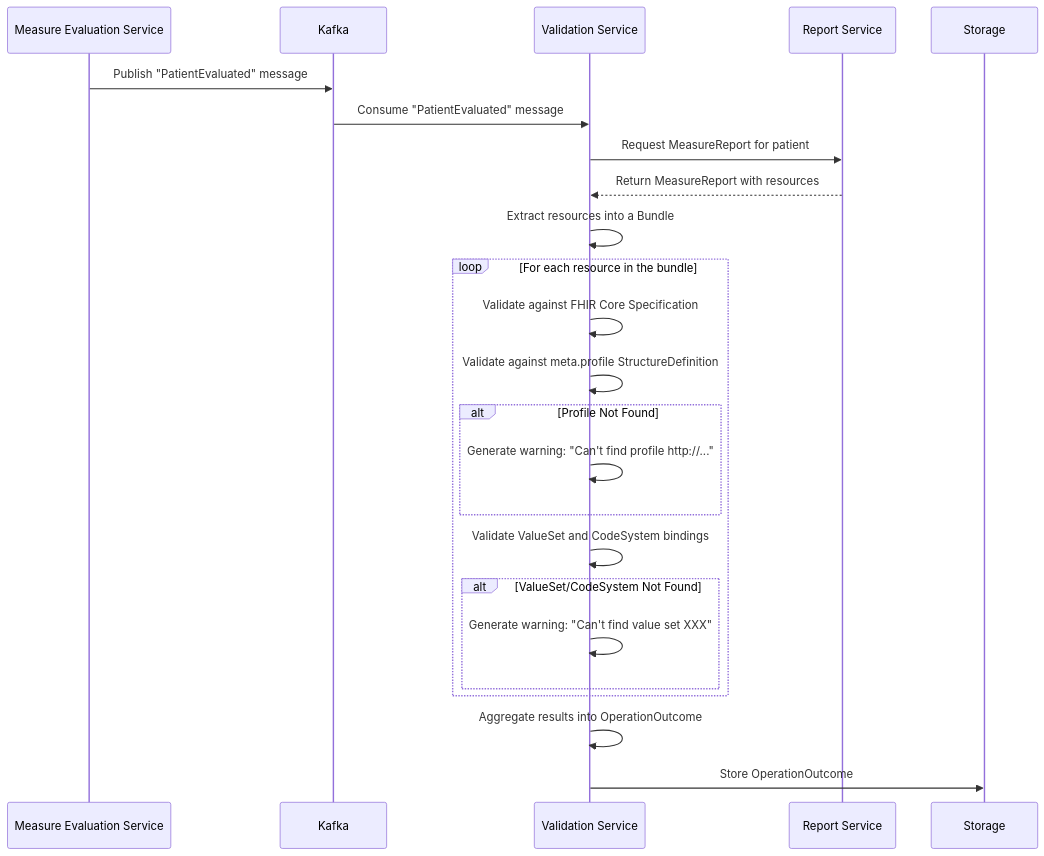
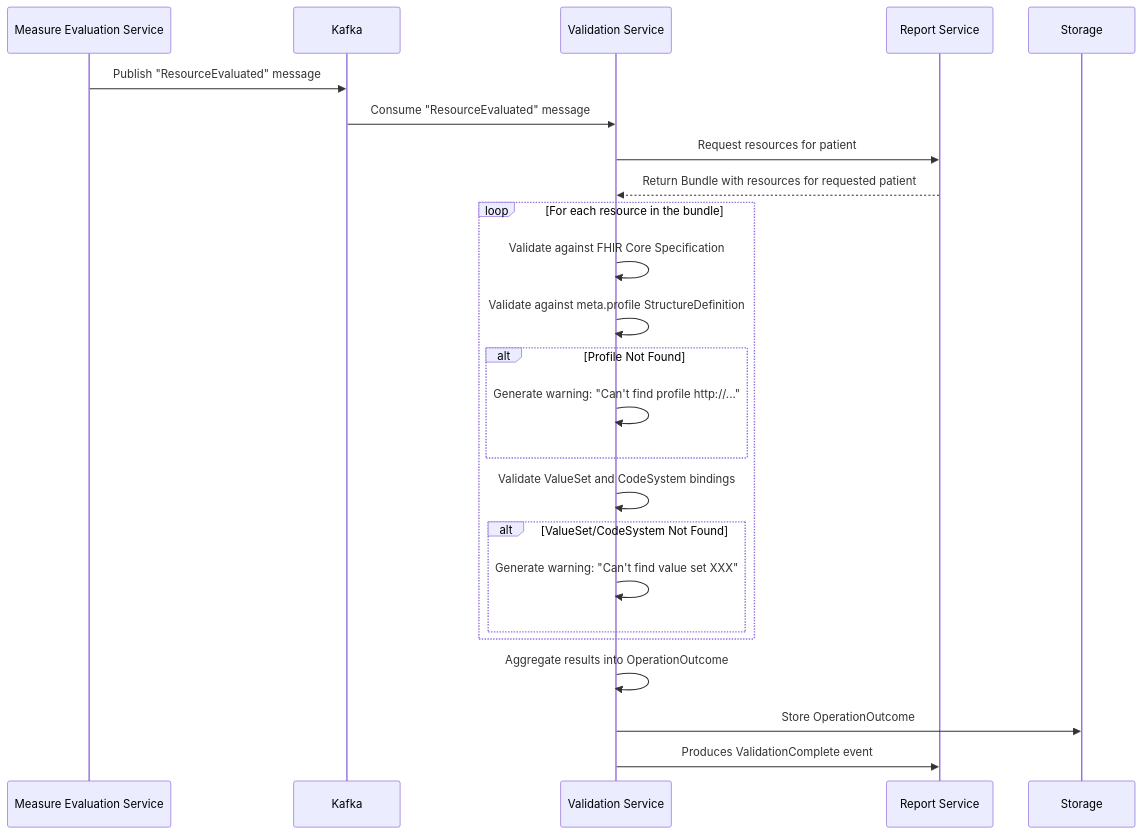
One commit to lantanagroup/link-cloud changed the diagram in docs/functionality/validation.md. Above: the diagram before and after it, drawn with Mermaid. The commit also changed other lines of this file, not shown here.

Commit message:
Updating documentation on validation functionality to correctly describe the interactions and events with the Report service

````diff
--- a/docs/functionality/validation.md
+++ b/docs/functionality/validation.md
@@ -68,26 +73,26 @@
 ```mermaid
 sequenceDiagram
     participant MES as Measure Evaluation Service
     participant Kafka as Kafka
     participant VS as Validation Service
     participant RS as Report Service
 
-    MES->>Kafka: Publish "PatientEvaluated" message
-    Kafka->>VS: Consume "PatientEvaluated" message
-    VS->>RS: Request MeasureReport for patient
-    RS-->>VS: Return MeasureReport with resources
-    VS->>VS: Extract resources into a Bundle
+    MES->>Kafka: Publish "ResourceEvaluated" message
+    Kafka->>VS: Consume "ResourceEvaluated" message
+    VS->>RS: Request resources for patient
+    RS-->>VS: Return Bundle with resources for requested patient
     loop For each resource in the bundle
         VS->>VS: Validate against FHIR Core Specification
         VS->>VS: Validate against meta.profile StructureDefinition
         alt Profile Not Found
             VS->>VS: Generate warning: "Can't find profile http://..."
         end
         VS->>VS: Validate ValueSet and CodeSystem bindings
         alt ValueSet/CodeSystem Not Found
             VS->>VS: Generate warning: "Can't find value set XXX"
         end
     end
     VS->>VS: Aggregate results into OperationOutcome
     VS->>Storage: Store OperationOutcome
+    VS->>RS: Produces ValidationComplete event
 ```
````
